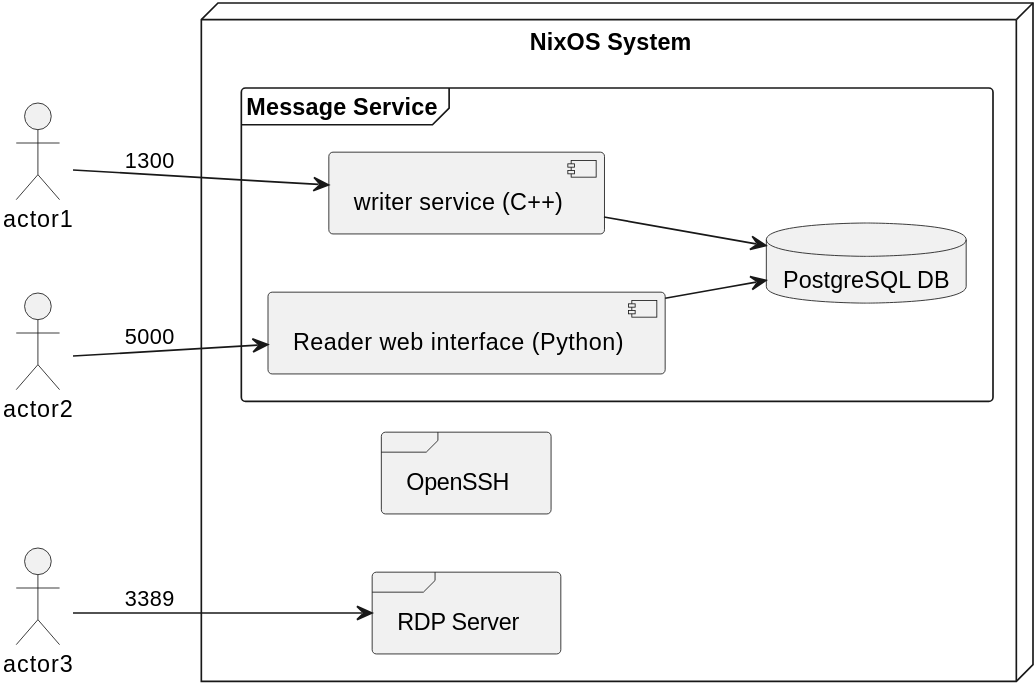
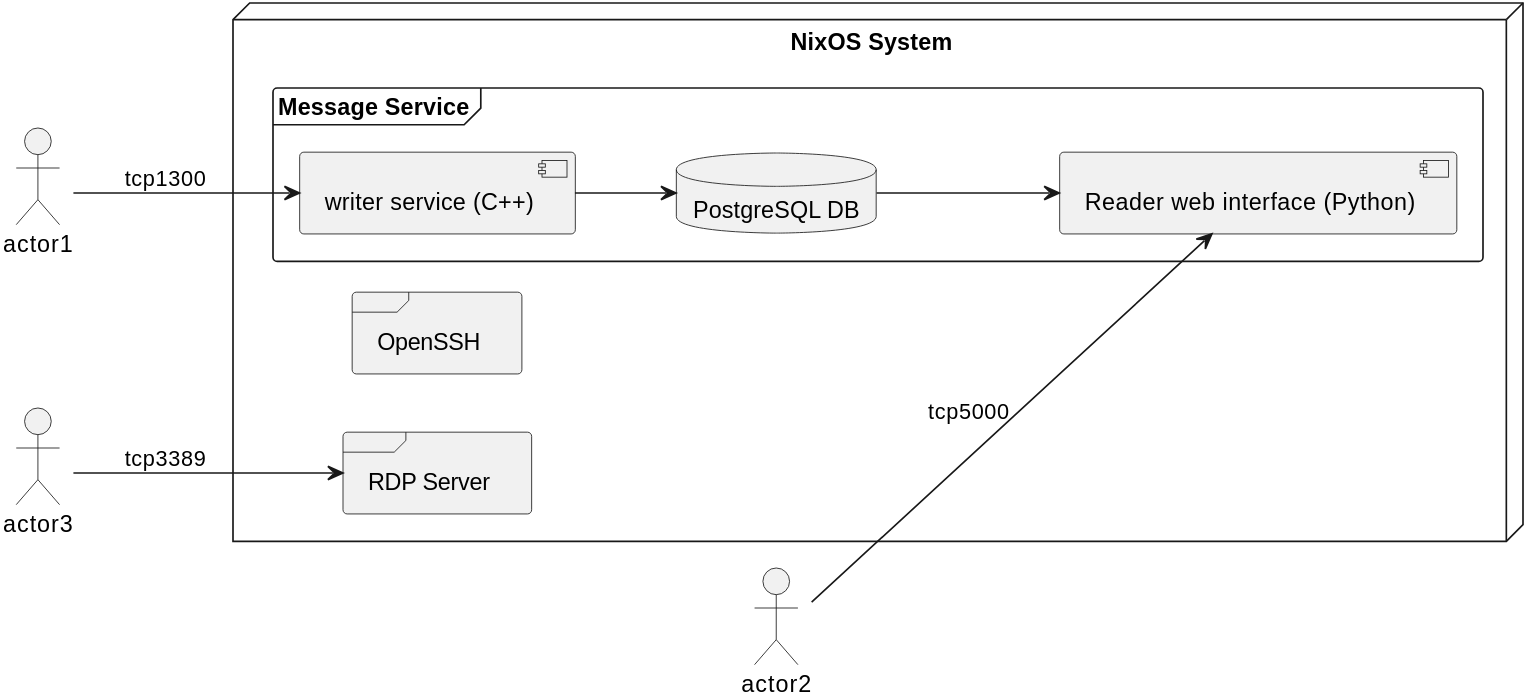
One commit to tfc/philosophers-stone-nixos changed the first of 4 diagrams in doc/slides/slides.md. Above: the diagram before and after it, drawn with PlantUML. The commit also changed other lines of this file, not shown here.

Commit message:
Fixup slides

````diff
--- a/doc/slides/slides.md
+++ b/doc/slides/slides.md
@@ -80,37 +80,37 @@
 ```{ .plantuml
      caption="NixOS system running *some* example services"
      #fig:testsinglenode
    }
 @startuml
 skinparam dpi 500
 left to right direction
 
 node "NixOS System" as system {
   frame "Message Service" {
     database postgres [
       PostgreSQL DB
     ]
     component writer [
       writer service (C++)
     ]
     component reader [
       Reader web interface (Python)
     ]
   }
 
   writer --> postgres
-  reader --> postgres
+  postgres --> reader
 
   frame "OpenSSH"
   frame "RDP Server" as rdp
 }
 
 actor actor1
-actor1 --> writer : 1300
+actor1 --> writer : tcp1300
 actor actor2
-actor2 --> reader : 5000
+actor2 --> reader : tcp5000
 actor actor3
-actor3 --> rdp : 3389
+actor3 --> rdp : tcp3389
 
 @enduml
 ```
````
